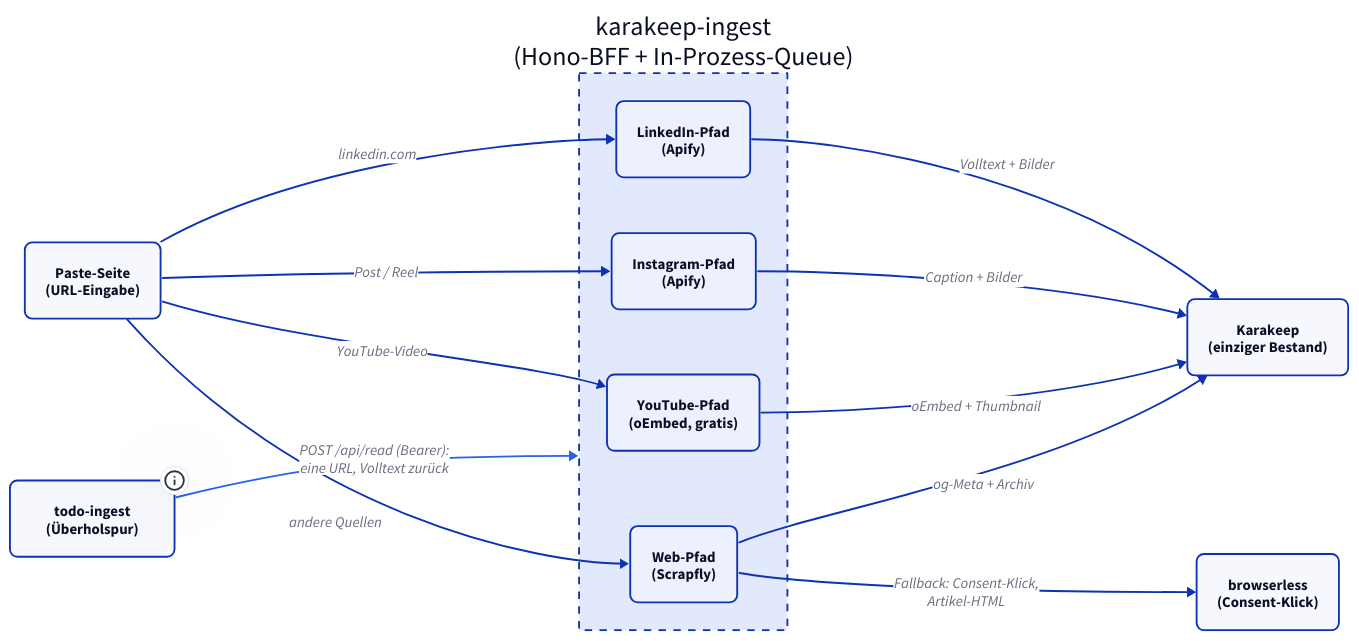
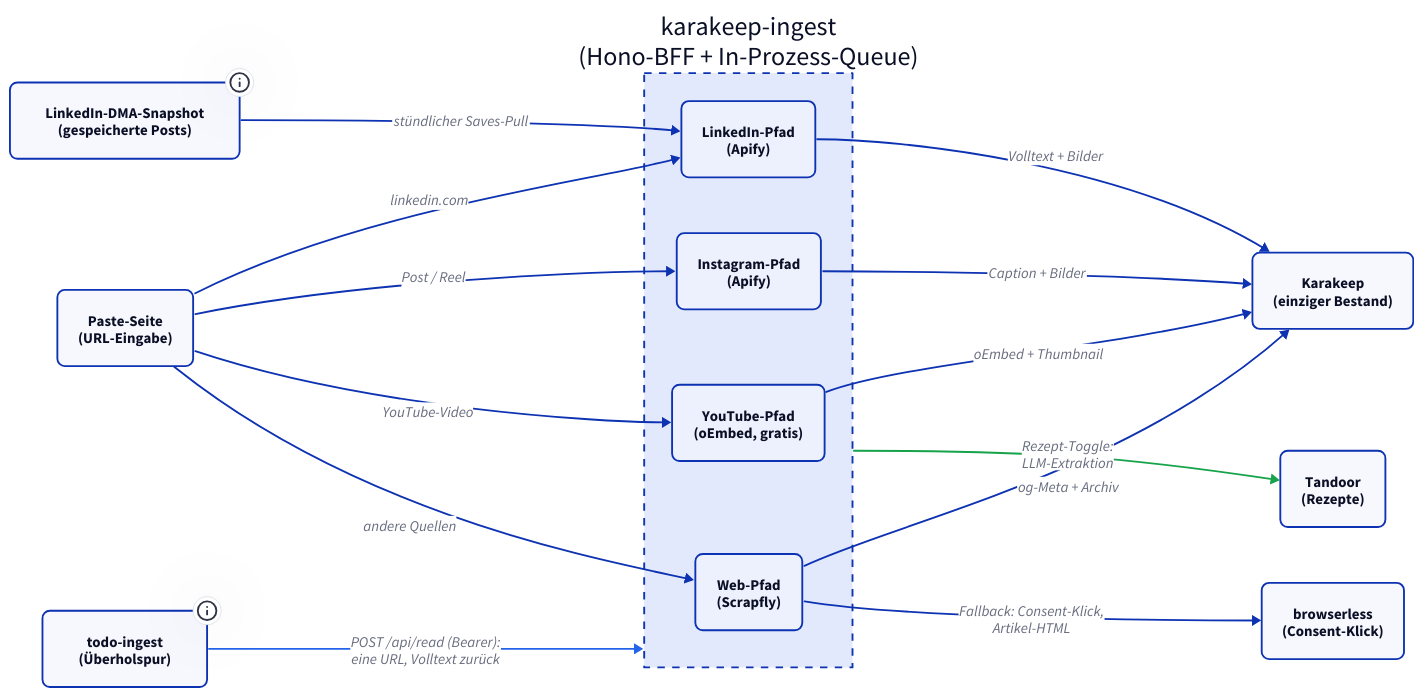
Before and after one commit to derever-labs/homelab-wiki: the diagram in docs/dienste/karakeep-ingest/index.md, drawn with D2. The commit also changed other lines of this file and 1 other file, not shown here.

First line of the commit message:
docs(karakeep-ingest): Rezept-Zweig und LinkedIn-Saves-Pull nachführen

````diff
--- a/docs/dienste/karakeep-ingest/index.md
+++ b/docs/dienste/karakeep-ingest/index.md
@@ -34,37 +34,46 @@
 ```d2
 classes: {
   node: { style: { border-radius: 8 } }
 }
 
 direction: right
 
 UI: "Paste-Seite\n(URL-Eingabe)" { class: node }
 
 Read: "todo-ingest\n(Überholspur)" {
   class: node
   tooltip: "Einzel-Abruf eines diktierten Links, Bearer-authentisiert. Leiht einen Slot des Pipeline-Pools mit Vorrang und nimmt das Karakeep-Lesezeichen als Beifang mit"
 }
 
+DMA: "LinkedIn-DMA-Snapshot\n(gespeicherte Posts)" {
+  class: node
+  tooltip: "Stündlicher Abruf der Member-Data-Portability-API. Neue Saves laufen über den normalen LinkedIn-Pfad ein, eine Hochwassermarke macht den Nachzug verlustfrei"
+}
+
 Ingest: "karakeep-ingest\n(Hono-BFF + In-Prozess-Queue)" {
   style.stroke-dash: 4
   LI: "LinkedIn-Pfad\n(Apify)" { class: node }
   IG: "Instagram-Pfad\n(Apify)" { class: node }
   YT: "YouTube-Pfad\n(oEmbed, gratis)" { class: node }
   WEB: "Web-Pfad\n(Scrapfly)" { class: node }
 }
 
 Karakeep: "Karakeep\n(einziger Bestand)" { class: node }
 
+Tandoor: "Tandoor\n(Rezepte)" { class: node }
+
 BL: "browserless\n(Consent-Klick)" { class: node }
 
 UI -> Ingest.LI: "linkedin.com"
 UI -> Ingest.IG: "Post / Reel"
 UI -> Ingest.YT: "YouTube-Video"
 UI -> Ingest.WEB: "andere Quellen"
+DMA -> Ingest.LI: "stündlicher Saves-Pull"
 Ingest.LI -> Karakeep: "Volltext + Bilder"
 Ingest.IG -> Karakeep: "Caption + Bilder"
 Ingest.YT -> Karakeep: "oEmbed + Thumbnail"
 Ingest.WEB -> Karakeep: "og-Meta + Archiv"
 Ingest.WEB -> BL: "Fallback: Consent-Klick,\nArtikel-HTML"
+Ingest -> Tandoor: "Rezept-Toggle:\nLLM-Extraktion" { style.stroke: "#16a34a" }
 Read -> Ingest: "POST /api/read (Bearer):\neine URL, Volltext zurück" { style.stroke: "#2563eb" }
 ```
````
